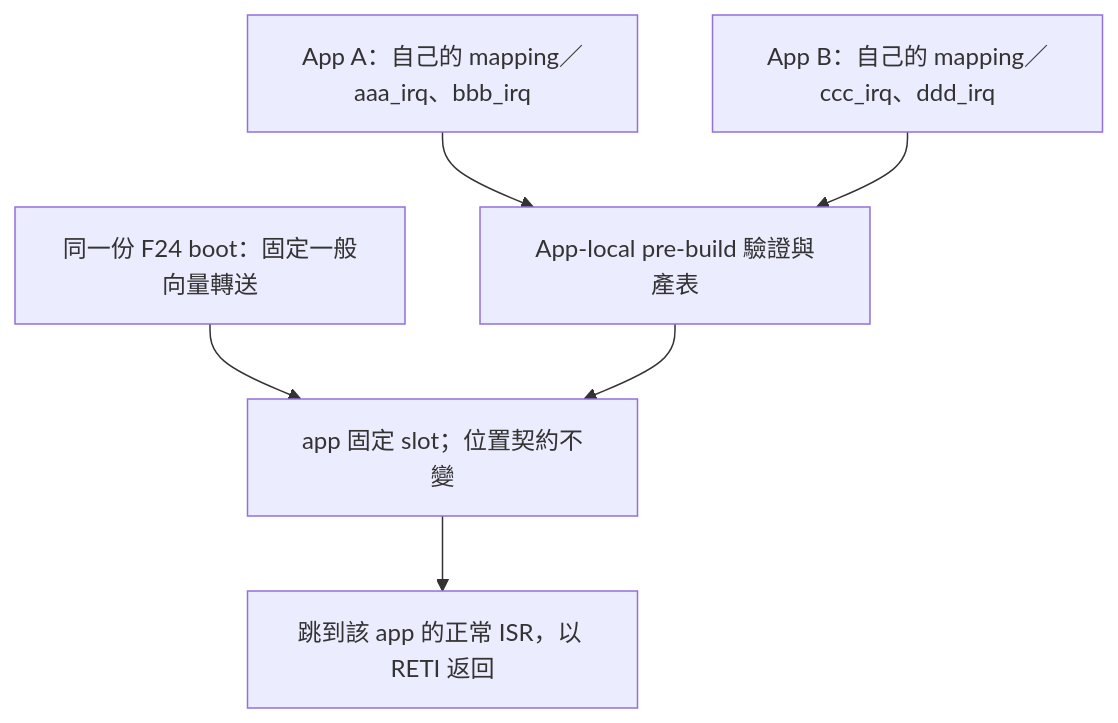
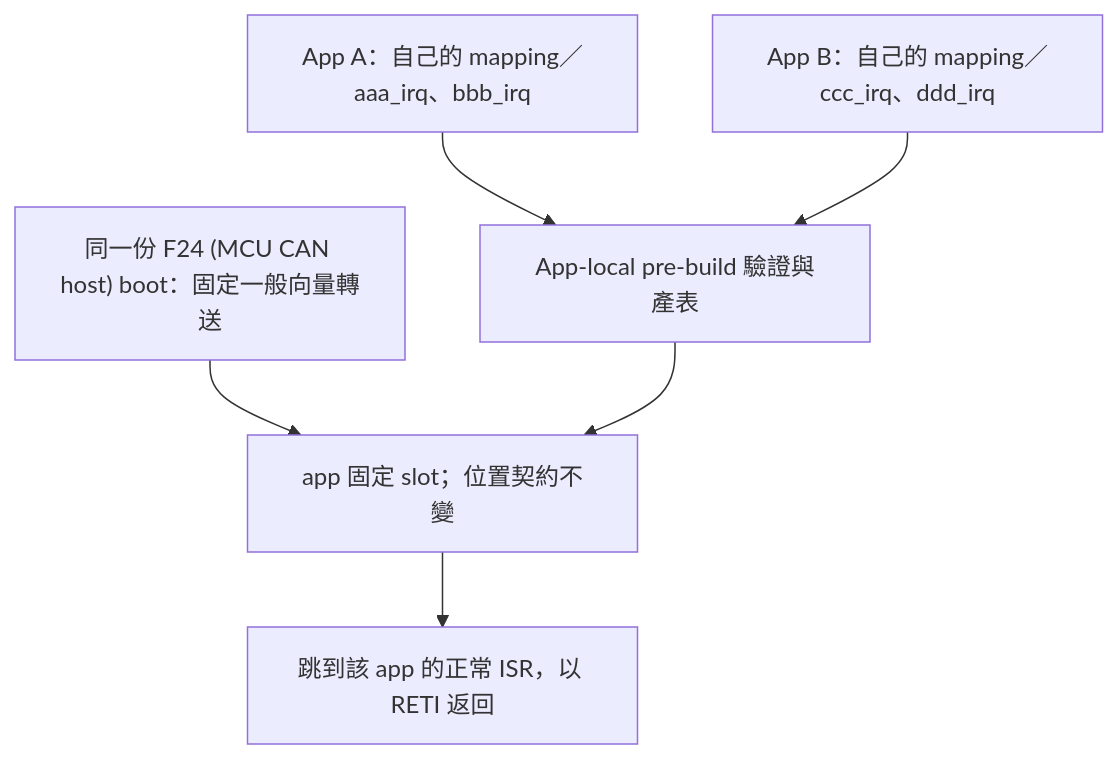
Diagram 18 of 20 in index.md (released/slide_isp_tool_for_RL78), drawn with Mermaid before and after one commit. The commit also changed other lines of this file and 2 other files, not shown here.

````diff
--- a/index.md
+++ b/index.md
@@ -437,8 +872,8 @@
 ```mermaid
 flowchart TD
-    BOOT["同一份 F24 boot：固定一般向量轉送"] --> SLOT["app 固定 slot；位置契約不變"]
+    BOOT["同一份 F24 (MCU CAN host) boot：固定一般向量轉送"] --> SLOT["app 固定 slot；位置契約不變"]
     A["App A：自己的 mapping／aaa_irq、bbb_irq"] --> GEN["App-local pre-build 驗證與產表"]
     B["App B：自己的 mapping／ccc_irq、ddd_irq"] --> GEN
     GEN --> SLOT
     SLOT --> ISR["跳到該 app 的正常 ISR，以 RETI 返回"]
 ```
````
